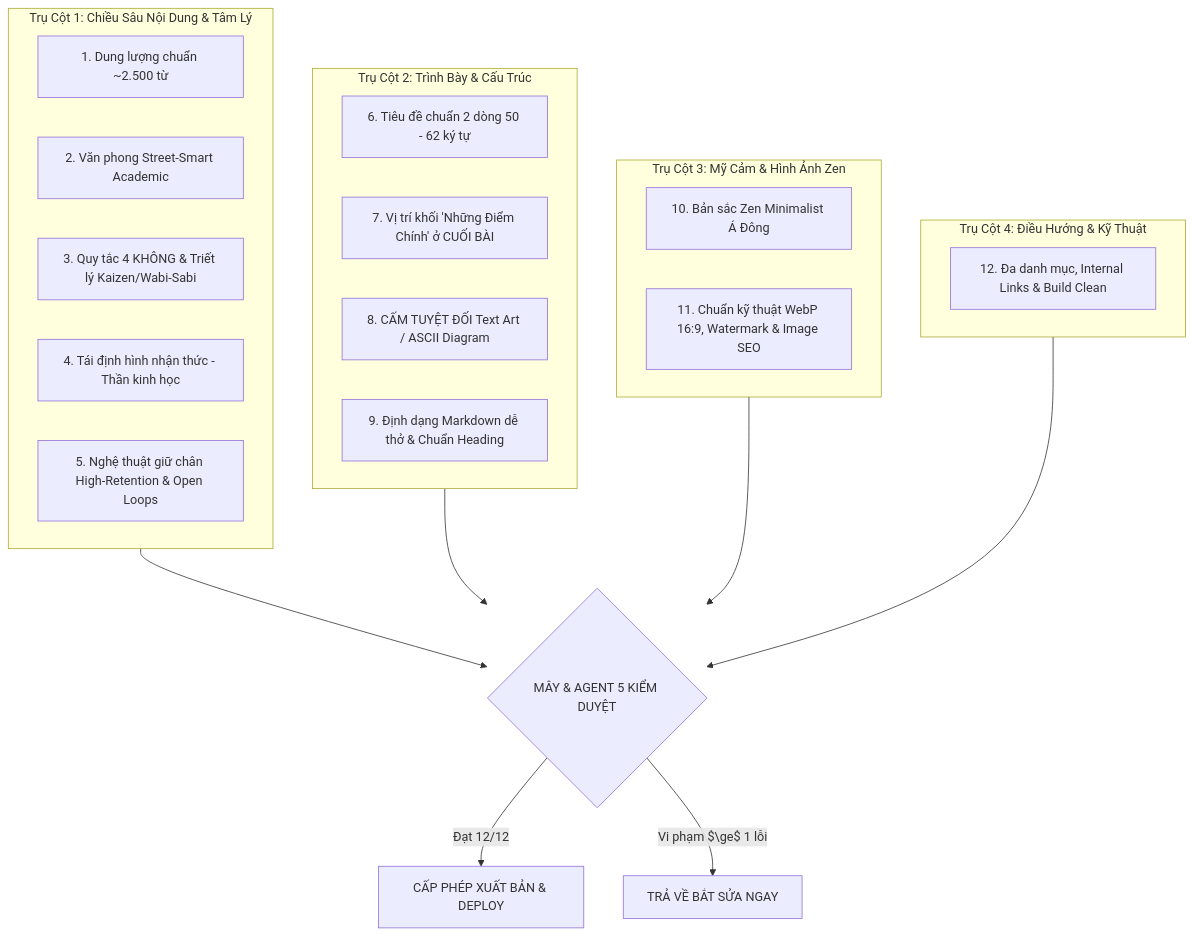
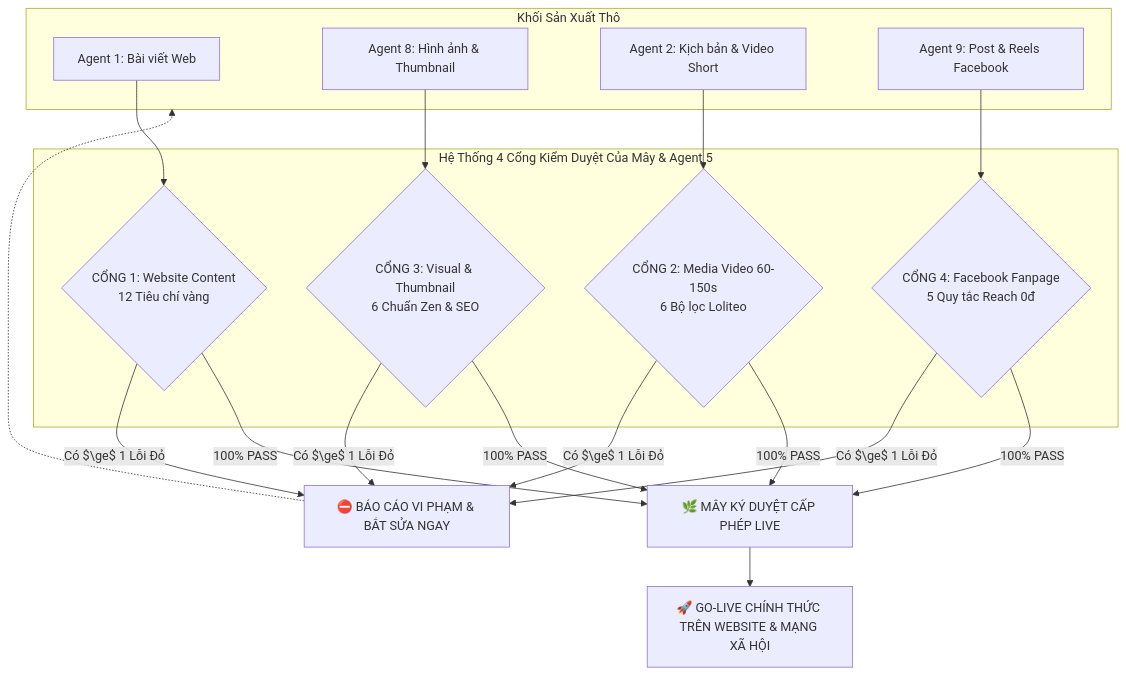
One commit to longphi11/traicainghien-1 changed the diagram in .agents/skills/content-quality-standards/SKILL.md. Above: the diagram before and after it, drawn with Mermaid. The commit also changed other lines of this file and 2 other files, not shown here.

Commit message:
feat(skills): establish 4-gateway pre-publish quality audit system covering website, media, visual, and facebook

````diff
--- a/.agents/skills/content-quality-standards/SKILL.md
+++ b/.agents/skills/content-quality-standards/SKILL.md
@@ -15,30 +16,27 @@
 ```mermaid
 flowchart TD
-    subgraph TRU_COT_1 [Trụ Cột 1: Chiều Sâu Nội Dung & Tâm Lý]
-        C1[1. Dung lượng chuẩn ~2.500 từ]
-        C2[2. Văn phong Street-Smart Academic]
-        C3[3. Quy tắc 4 KHÔNG & Triết lý Kaizen/Wabi-Sabi]
-        C4[4. Tái định hình nhận thức - Thần kinh học]
-        C5[5. Nghệ thuật giữ chân High-Retention & Open Loops]
+    subgraph DRAFT_POOL [Khối Sản Xuất Thô]
+        A1[Agent 1: Bài viết Web]
+        A8[Agent 8: Hình ảnh & Thumbnail]
+        A2[Agent 2: Kịch bản & Video Short]
+        A9[Agent 9: Post & Reels Facebook]
     end
 
-    subgraph TRU_COT_2 [Trụ Cột 2: Trình Bày & Cấu Trúc]
-        C6[6. Tiêu đề chuẩn 2 dòng 50 - 62 ký tự]
-        C7[7. Vị trí khối 'Những Điểm Chính' ở CUỐI BÀI]
-        C8[8. CẤM TUYỆT ĐỐI Text Art / ASCII Diagram]
-        C9[9. Định dạng Markdown dễ thở & Chuẩn Heading]
+    subgraph QA_GATES [Hệ Thống 4 Cổng Kiểm Duyệt Của Mây & Agent 5]
+        G1{CỔNG 1: Website Content<br>12 Tiêu chí vàng}
+        G2{CỔNG 2: Media Video 60-150s<br>6 Bộ lọc Loliteo}
+        G3{CỔNG 3: Visual & Thumbnail<br>6 Chuẩn Zen & SEO}
+        G4{CỔNG 4: Facebook Fanpage<br>5 Quy tắc Reach 0đ}
     end
 
-    subgraph TRU_COT_3 [Trụ Cột 3: Mỹ Cảm & Hình Ảnh Zen]
-        C10[10. Bản sắc Zen Minimalist Á Đông]
-        C11[11. Chuẩn kỹ thuật WebP 16:9, Watermark & Image SEO]
-    end
+    A1 --> G1
+    A8 --> G3
+    A2 --> G2
+    A9 --> G4
 
-    subgraph TRU_COT_4 [Trụ Cột 4: Điều Hướng & Kỹ Thuật]
-        C12[12. Đa danh mục, Internal Links & Build Clean]
-    end
+    G1 & G2 & G3 & G4 -->|Có $\ge$ 1 Lỗi Đỏ| REJECT[⛔ BÁO CÁO VI PHẠM & BẮT SỬA NGAY]
+    REJECT -.-> DRAFT_POOL
 
-    TRU_COT_1 & TRU_COT_2 & TRU_COT_3 & TRU_COT_4 --> GATEWAY{MÂY & AGENT 5 KIỂM DUYỆT}
-    GATEWAY -->|Đạt 12/12| PASS[CẤP PHÉP XUẤT BẢN & DEPLOY]
-    GATEWAY -->|Vi phạm $\ge$ 1 lỗi| REJECT[TRẢ VỀ BẮT SỬA NGAY]
+    G1 & G2 & G3 & G4 -->|100% PASS| PASS[🌿 MÂY KÝ DUYỆT CẤP PHÉP LIVE]
+    PASS --> LIVE[🚀 GO-LIVE CHÍNH THỨC TRÊN WEBSITE & MẠNG XÃ HỘI]
 ```
````
